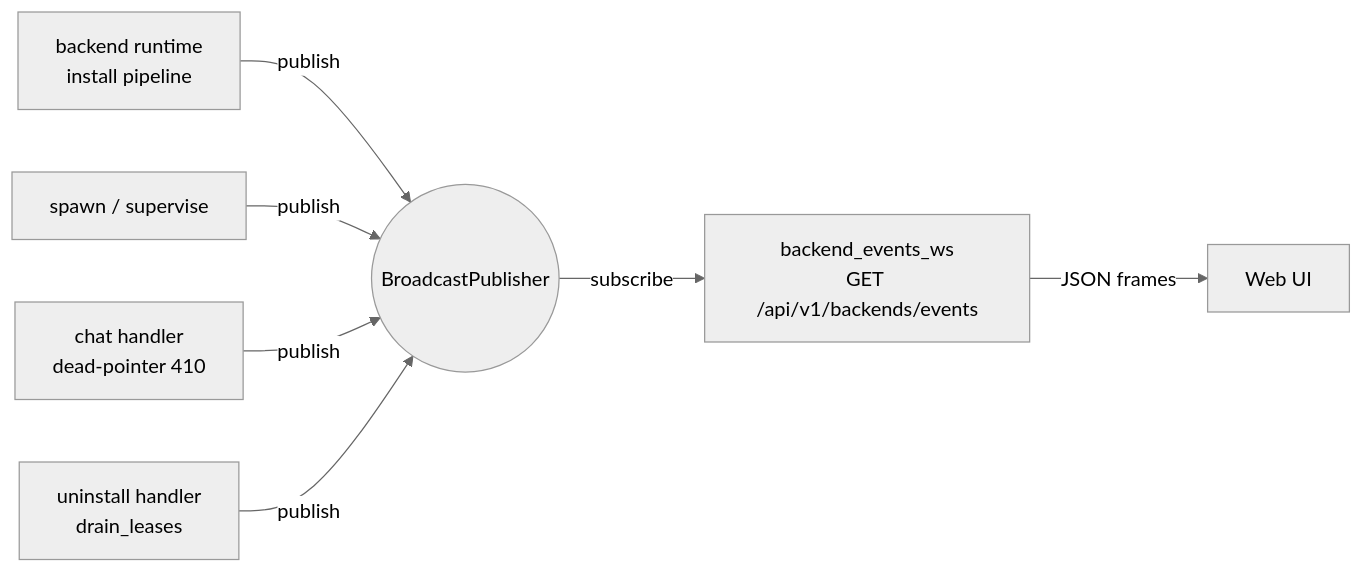
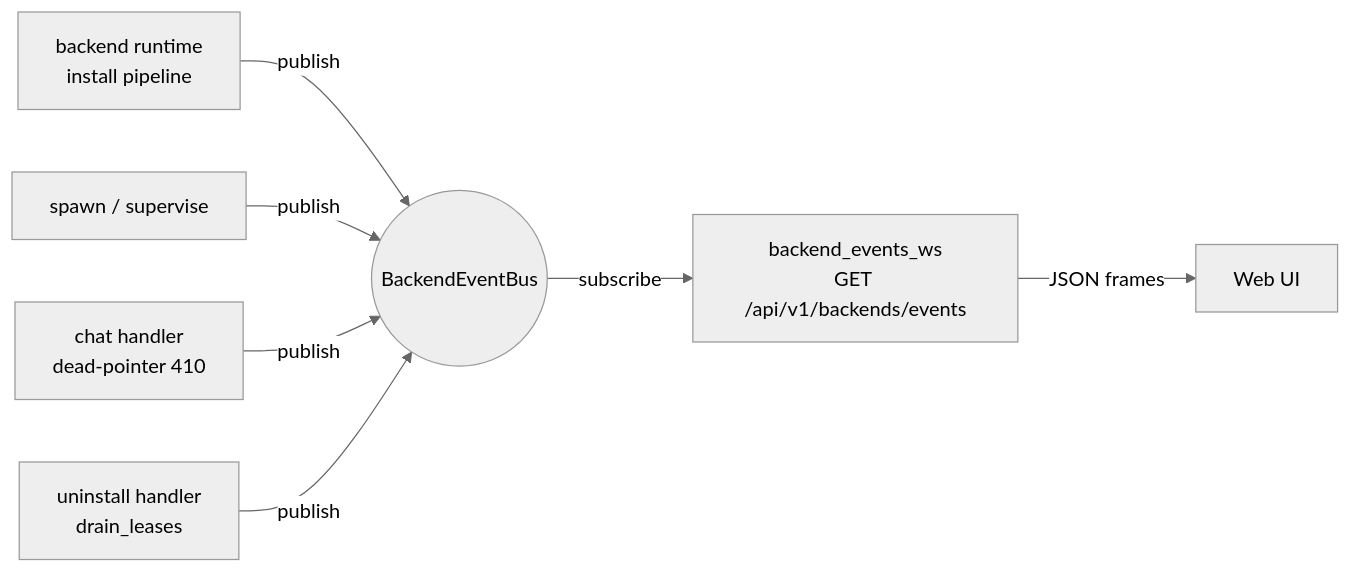
Before and after one commit to ldilov/nexus-dnn: the first of 4 diagrams in docs/backend-events.md, drawn with Mermaid (neutral theme). The commit also changed other lines of this file and 146 other files, not shown here.

First line of the commit message:
feat(spec-032): Phases 3-5 — catalog, install pipeline, lease lifecycle end-to-end

````diff
--- a/docs/backend-events.md
+++ b/docs/backend-events.md
@@ -9,9 +9,9 @@
 ```mermaid
 flowchart LR
-    A[backend runtime<br/>install pipeline] -->|publish| B((BroadcastPublisher))
+    A[backend runtime<br/>install pipeline] -->|publish| B((BackendEventBus))
     C[spawn / supervise] -->|publish| B
     D[chat handler<br/>dead-pointer 410] -->|publish| B
     E[uninstall handler<br/>drain_leases] -->|publish| B
     B -->|subscribe| F[backend_events_ws<br/>GET /api/v1/backends/events]
     F -->|JSON frames| G[Web UI]
 ```
````
